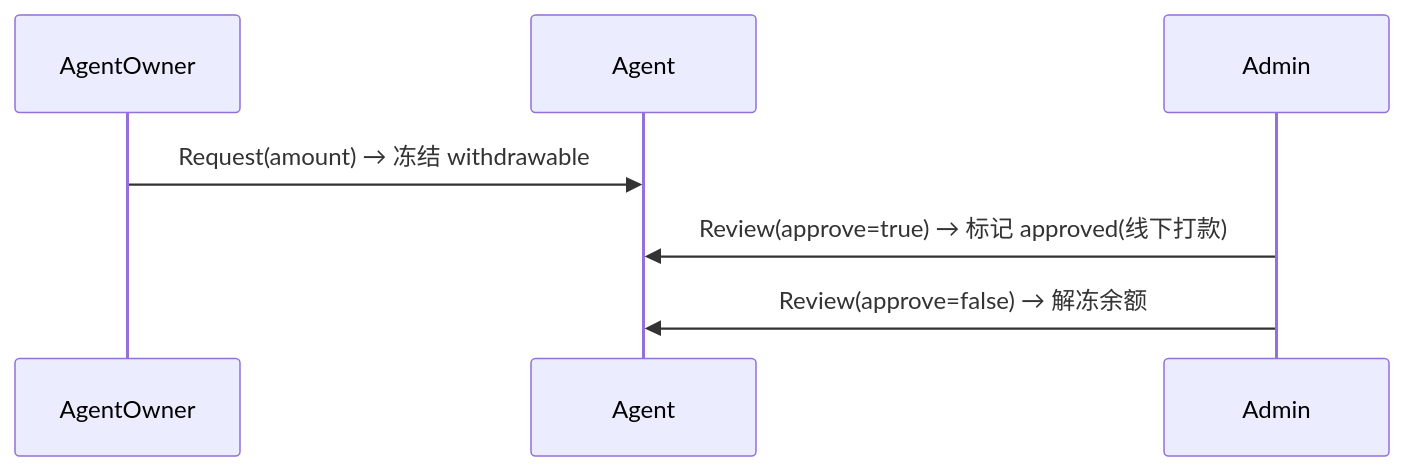
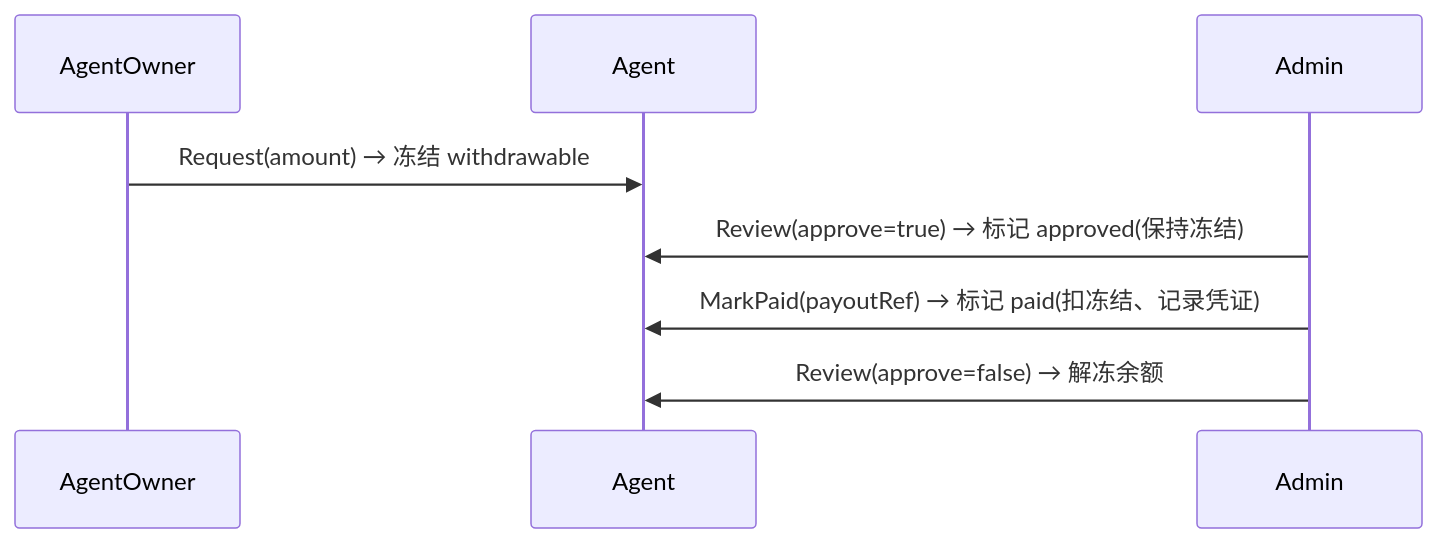
The ninth of 9 diagrams in doc/detailed-design.md (lijiawei0305-pixel/multi_newapi), drawn with Mermaid before and after one commit. The commit also changed other lines of this file and 74 other files, not shown here.

````diff
--- a/doc/detailed-design.md
+++ b/doc/detailed-design.md
@@ -615,9 +617,10 @@
 ```mermaid
 sequenceDiagram
   participant AO as AgentOwner
   participant AG as Agent
   participant AD as Admin
   AO->>AG: Request(amount) → 冻结 withdrawable
-  AD->>AG: Review(approve=true) → 标记 approved(线下打款)
+  AD->>AG: Review(approve=true) → 标记 approved(保持冻结)
+  AD->>AG: MarkPaid(payoutRef) → 标记 paid(扣冻结、记录凭证)
   AD->>AG: Review(approve=false) → 解冻余额
 ```
````
